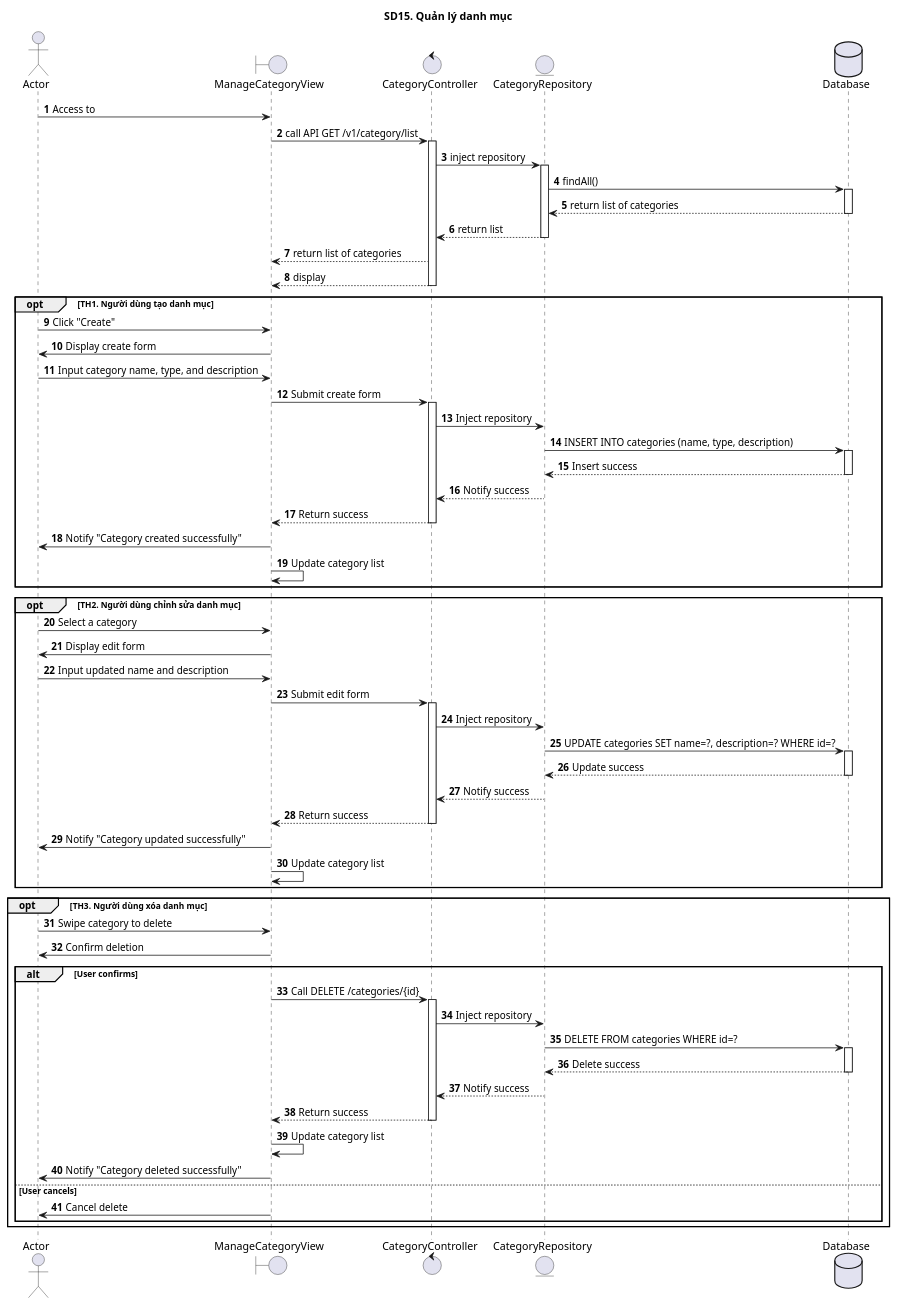
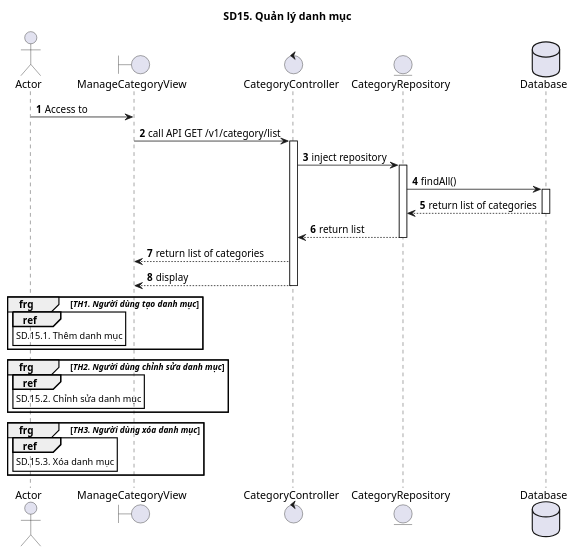
Before and after one commit to ITZ-Developers/Finance-UML: the diagram in 15_QuanLyDanhMuc/sd15.puml, drawn with PlantUML.

```diff
--- a/15_QuanLyDanhMuc/sd15.puml
+++ b/15_QuanLyDanhMuc/sd15.puml
@@ -1,89 +1,42 @@
 @startuml SQ
 autonumber
 title SD15. Quản lý danh mục
 actor "Actor" as actor
 boundary "ManageCategoryView" as manageView
 control "CategoryController" as controller
 entity "CategoryRepository" as model
 database "Database" as database
 
 ' Main Flow
 actor -> manageView : Access to
 manageView -> controller : call API GET /v1/category/list
 activate controller
 controller -> model : inject repository
 activate model
 model -> database : findAll()
 activate database
 database --> model : return list of categories
 deactivate database
 model --> controller : return list
 deactivate model
 controller --> manageView : return list of categories
 controller --> manageView : display
 deactivate controller
 
 ' Option TH1: Create Category
-opt TH1. Người dùng tạo danh mục
-    actor -> manageView : Click "Create"
-    manageView -> actor : Display create form
-    actor -> manageView : Input category name, type, and description
-    manageView -> controller : Submit create form
-    activate controller
-    controller -> model : Inject repository
-    model -> database : INSERT INTO categories (name, type, description)
-    activate database
-    database --> model : Insert success
-    deactivate database
-    model --> controller : Notify success
-    deactivate model
-    controller --> manageView : Return success
-    deactivate controller
-    manageView -> actor : Notify "Category created successfully"
-    manageView -> manageView : Update category list
+group frg [//TH1. Người dùng tạo danh mục//]
+ref over actor
+SD.15.1. Thêm danh mục
+end ref
 end
-
-' Option TH2: Edit Category
-opt TH2. Người dùng chỉnh sửa danh mục
-    actor -> manageView : Select a category
-    manageView -> actor : Display edit form
-    actor -> manageView : Input updated name and description
-    manageView -> controller : Submit edit form
-    activate controller
-    controller -> model : Inject repository
-    model -> database : UPDATE categories SET name=?, description=? WHERE id=?
-    activate database
-    database --> model : Update success
-    deactivate database
-    model --> controller : Notify success
-    deactivate model
-    controller --> manageView : Return success
-    deactivate controller
-    manageView -> actor : Notify "Category updated successfully"
-    manageView -> manageView : Update category list
+group frg [//TH2. Người dùng chỉnh sửa danh mục//]
+ref over actor
+SD.15.2. Chỉnh sửa danh mục
+end ref
 end
-
-' Option TH3: Delete Category
-opt TH3. Người dùng xóa danh mục
-    actor -> manageView : Swipe category to delete
-    manageView -> actor : Confirm deletion
-    alt User confirms
-        manageView -> controller : Call DELETE /categories/{id}
-        activate controller
-        controller -> model : Inject repository
-        model -> database : DELETE FROM categories WHERE id=?
-        activate database
-        database --> model : Delete success
-        deactivate database
-        model --> controller : Notify success
-        deactivate model
-        controller --> manageView : Return success
-        deactivate controller
-        manageView -> manageView : Update category list
-        manageView -> actor : Notify "Category deleted successfully"
-    else User cancels
-        manageView -> actor : Cancel delete
-    end
+group frg [//TH3. Người dùng xóa danh mục//]
+ref over actor
+SD.15.3. Xóa danh mục
+end ref
 end
-
 @enduml
```
